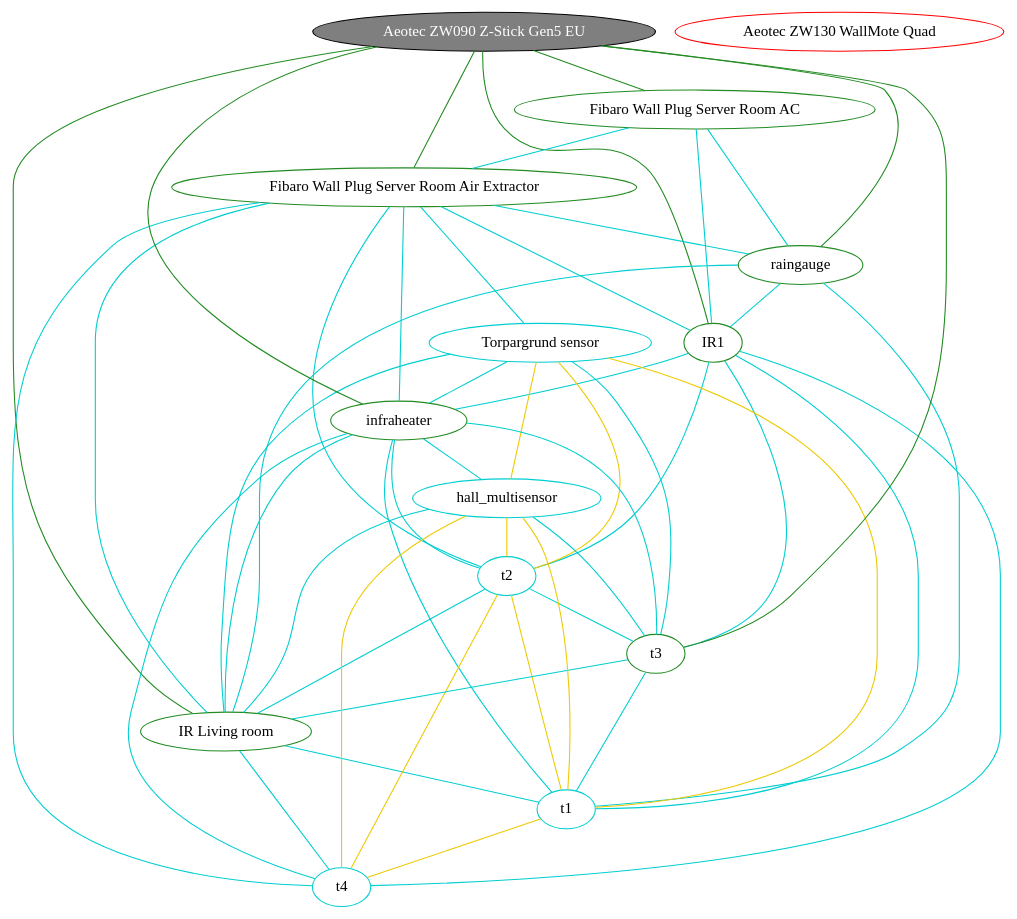
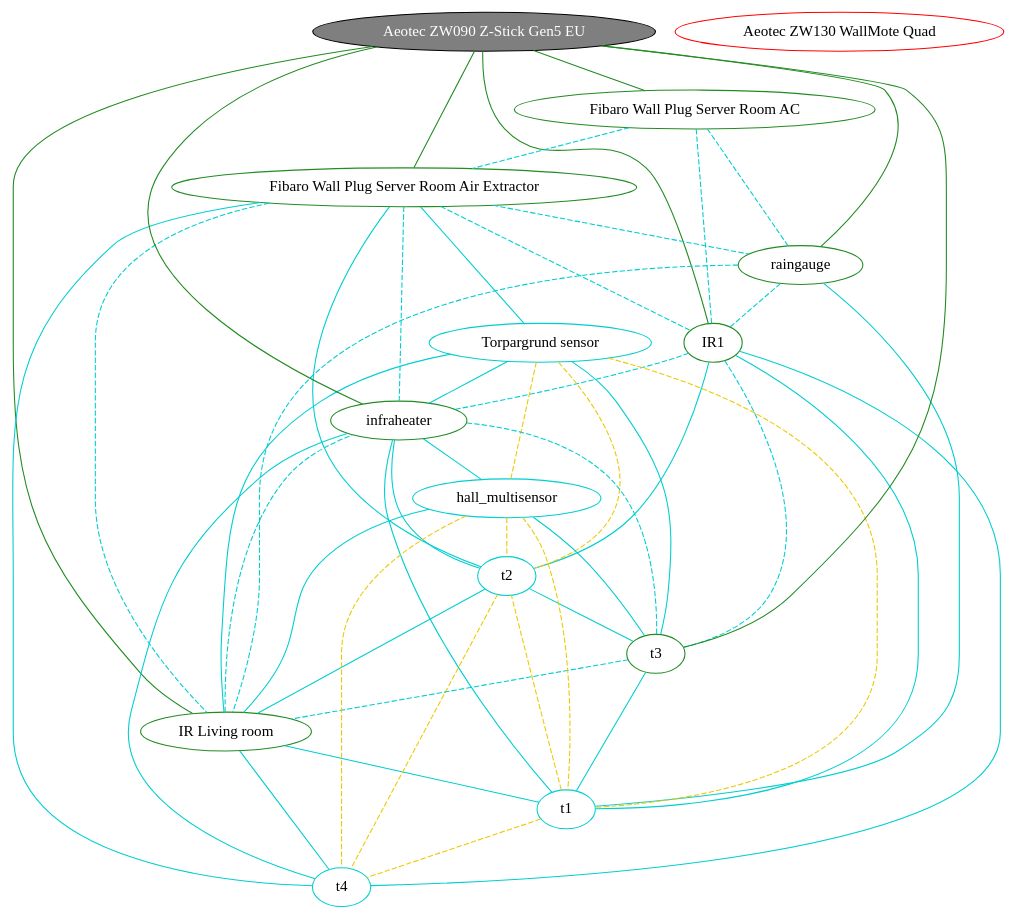
The diagram in example/zwave-map.dot (magma1447/HomeAssistant-Zwave-ConnectionMap), drawn with Graphviz before and after one commit. The commit also changed 2 other files, not shown here.

```diff
--- a/example/zwave-map.dot
+++ b/example/zwave-map.dot
@@ -1,85 +1,108 @@
 graph "zwave-map" {
 	node [label="\N"];
 	1	 [color=black,
 		fillcolor=gray50,
 		fontcolor=white,
 		label="Aeotec ZW090 Z-Stick Gen5 EU",
 		style=filled];
 	2	 [color=forestgreen,
 		label="Fibaro Wall Plug Server Room AC"];
 	1 -- 2	 [color=forestgreen];
 	3	 [color=forestgreen,
 		label="Fibaro Wall Plug Server Room Air Extractor"];
 	1 -- 3	 [color=forestgreen];
 	4	 [color=forestgreen,
 		label=IR1];
 	1 -- 4	 [color=forestgreen];
 	5	 [color=forestgreen,
 		label="IR Living room"];
 	1 -- 5	 [color=forestgreen];
-	2 -- 3	 [color=darkturquoise];
-	2 -- 4	 [color=darkturquoise];
+	2 -- 3	 [color=darkturquoise,
+		style=dashed];
+	2 -- 4	 [color=darkturquoise,
+		style=dashed];
 	8	 [color=forestgreen,
 		label=raingauge];
-	2 -- 8	 [color=darkturquoise];
-	3 -- 4	 [color=darkturquoise];
-	3 -- 5	 [color=darkturquoise];
+	2 -- 8	 [color=darkturquoise,
+		style=dashed];
+	3 -- 4	 [color=darkturquoise,
+		style=dashed];
+	3 -- 5	 [color=darkturquoise,
+		style=dashed];
 	7	 [color=darkturquoise,
 		label="Torpargrund sensor"];
 	3 -- 7	 [color=darkturquoise];
-	3 -- 8	 [color=darkturquoise];
+	3 -- 8	 [color=darkturquoise,
+		style=dashed];
 	14	 [color=forestgreen,
 		label=infraheater];
-	3 -- 14	 [color=darkturquoise];
+	3 -- 14	 [color=darkturquoise,
+		style=dashed];
 	17	 [color=darkturquoise,
 		label=t2];
 	3 -- 17	 [color=darkturquoise];
 	19	 [color=darkturquoise,
 		label=t4];
 	3 -- 19	 [color=darkturquoise];
-	4 -- 14	 [color=darkturquoise];
+	4 -- 14	 [color=darkturquoise,
+		style=dashed];
 	16	 [color=darkturquoise,
 		label=t1];
 	4 -- 16	 [color=darkturquoise];
 	4 -- 17	 [color=darkturquoise];
 	18	 [color=forestgreen,
 		label=t3];
-	4 -- 18	 [color=darkturquoise];
+	4 -- 18	 [color=darkturquoise,
+		style=dashed];
 	4 -- 19	 [color=darkturquoise];
-	5 -- 14	 [color=darkturquoise];
+	5 -- 14	 [color=darkturquoise,
+		style=dashed];
 	15	 [color=darkturquoise,
 		label=hall_multisensor];
 	5 -- 15	 [color=darkturquoise];
 	5 -- 16	 [color=darkturquoise];
 	5 -- 17	 [color=darkturquoise];
 	5 -- 19	 [color=darkturquoise];
 	7 -- 5	 [color=darkturquoise];
 	7 -- 14	 [color=darkturquoise];
-	7 -- 15	 [color=gold2];
-	7 -- 16	 [color=gold2];
-	7 -- 17	 [color=gold2];
+	7 -- 15	 [color=gold2,
+		style=dashed];
+	7 -- 16	 [color=gold2,
+		style=dashed];
+	7 -- 17	 [color=gold2,
+		style=dashed];
 	7 -- 18	 [color=darkturquoise];
 	8 -- 1	 [color=forestgreen];
-	8 -- 4	 [color=darkturquoise];
-	8 -- 5	 [color=darkturquoise];
+	8 -- 4	 [color=darkturquoise,
+		style=dashed];
+	8 -- 5	 [color=darkturquoise,
+		style=dashed];
 	8 -- 16	 [color=darkturquoise];
 	9	 [color=red,
 		label="Aeotec ZW130 WallMote Quad"];
 	14 -- 1	 [color=forestgreen];
 	14 -- 15	 [color=darkturquoise];
 	14 -- 16	 [color=darkturquoise];
 	14 -- 17	 [color=darkturquoise];
-	14 -- 18	 [color=darkturquoise];
+	14 -- 18	 [color=darkturquoise,
+		style=dashed];
 	14 -- 19	 [color=darkturquoise];
-	15 -- 16	 [color=gold2];
-	15 -- 17	 [color=gold2];
+	15 -- 16	 [color=gold2,
+		style=dashed];
+	15 -- 17	 [color=gold2,
+		style=dashed];
 	15 -- 18	 [color=darkturquoise];
-	15 -- 19	 [color=gold2];
-	16 -- 17	 [color=gold2];
+	15 -- 19	 [color=gold2,
+		style=dashed];
+	16 -- 17	 [color=gold2,
+		style=dashed];
 	16 -- 18	 [color=darkturquoise];
-	16 -- 19	 [color=gold2];
+	16 -- 19	 [color=gold2,
+		style=dashed];
 	17 -- 18	 [color=darkturquoise];
-	17 -- 19	 [color=gold2];
+	17 -- 19	 [color=gold2,
+		style=dashed];
 	18 -- 1	 [color=forestgreen];
-	18 -- 5	 [color=darkturquoise];
+	18 -- 5	 [color=darkturquoise,
+		style=dashed];
 }
```
